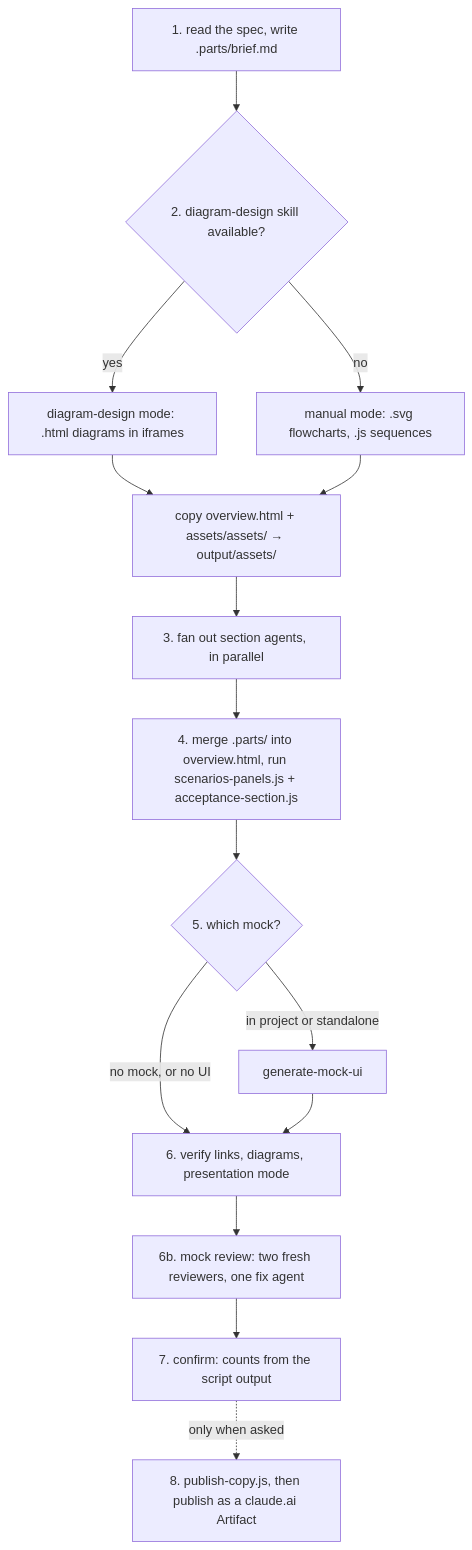
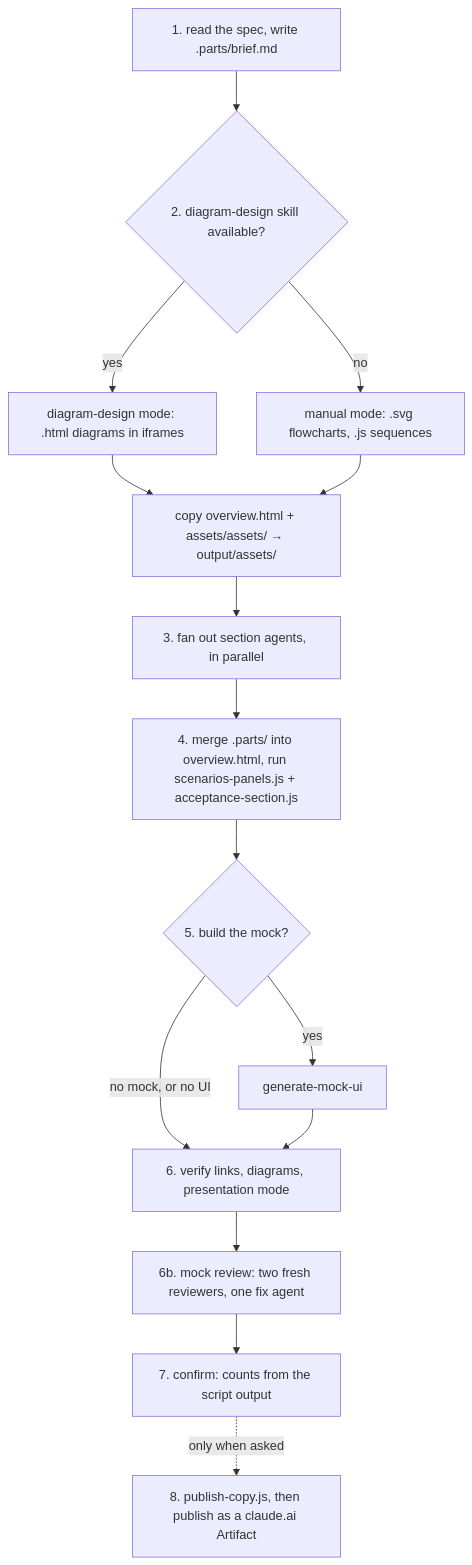
The first of 3 diagrams in plugins/naphatwx-tools/skills/design-feature/README.md (naphatwx/naphatwx-tools), drawn with Mermaid before and after one commit. The commit also changed other lines of this file and 20 other files, not shown here.

First line of the commit message:
feat(generate-mock-ui): drop in-project mode, add free play

````diff
--- a/plugins/naphatwx-tools/skills/design-feature/README.md
+++ b/plugins/naphatwx-tools/skills/design-feature/README.md
@@ -25,17 +25,17 @@
 ```mermaid
 graph TD
     S1["1. read the spec, write .parts/brief.md"] --> S2{"2. diagram-design skill available?"}
     S2 -->|yes| M1["diagram-design mode: .html diagrams in iframes"]
     S2 -->|no| M2["manual mode: .svg flowcharts, .js sequences"]
     M1 --> CP["copy overview.html + assets/assets/ → output/assets/"]
     M2 --> CP
     CP --> S3[3. fan out section agents, in parallel]
     S3 --> S4["4. merge .parts/ into overview.html, run scenarios-panels.js + acceptance-section.js"]
-    S4 --> S5{"5. which mock?"}
-    S5 -->|in project or standalone| GM[generate-mock-ui]
+    S4 --> S5{"5. build the mock?"}
+    S5 -->|yes| GM[generate-mock-ui]
     S5 -->|no mock, or no UI| S6
     GM --> S6[6. verify links, diagrams, presentation mode]
     S6 --> S6b["6b. mock review: two fresh reviewers, one fix agent"]
     S6b --> S7[7. confirm: counts from the script output]
     S7 -.->|only when asked| S8["8. publish-copy.js, then publish as a claude.ai Artifact"]
 ```
````
